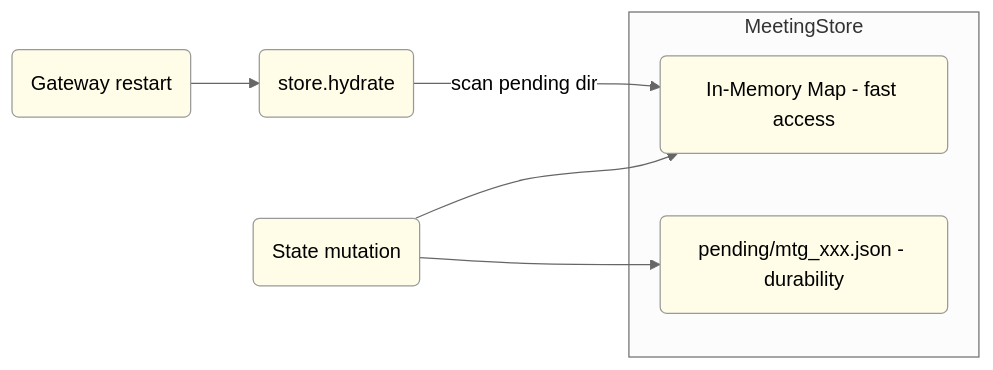
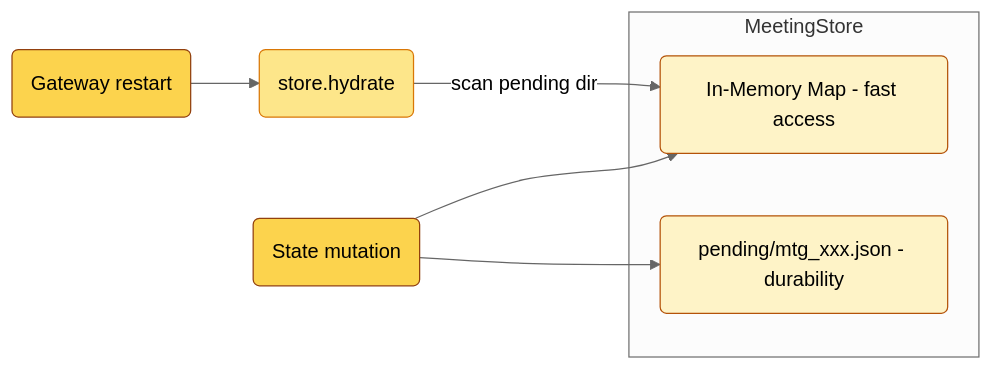
Before and after one commit to javana3/claw_meeting_all: the tenth of 13 diagrams in README.md, drawn with Mermaid (neutral theme). The commit also changed other lines of this file, not shown here.

Commit message:
Add golden borders and hierarchy to mermaid diagrams

````diff
--- a/README.md
+++ b/README.md
@@ -378,18 +378,18 @@
 ```mermaid
 graph LR
     subgraph "MeetingStore"
         MAP(In-Memory Map - fast access)
         FS(pending/mtg_xxx.json - durability)
     end
 
     WRITE(State mutation) --> MAP
     WRITE --> FS
     RESTART(Gateway restart) --> HYDRATE(store.hydrate)
     HYDRATE -->|scan pending dir| MAP
 
-    style MAP fill:#fffde7,color:#000
-    style FS fill:#fffde7,color:#000
-    style HYDRATE fill:#fffde7,color:#000
-    style WRITE fill:#fffde7,color:#000
-    style RESTART fill:#fffde7,color:#000
+    style MAP fill:#fef3c7,stroke:#b45309,color:#000
+    style FS fill:#fef3c7,stroke:#b45309,color:#000
+    style HYDRATE fill:#fde68a,stroke:#d97706,color:#000
+    style WRITE fill:#fcd34d,stroke:#92400e,color:#000
+    style RESTART fill:#fcd34d,stroke:#92400e,color:#000
 ```
````
